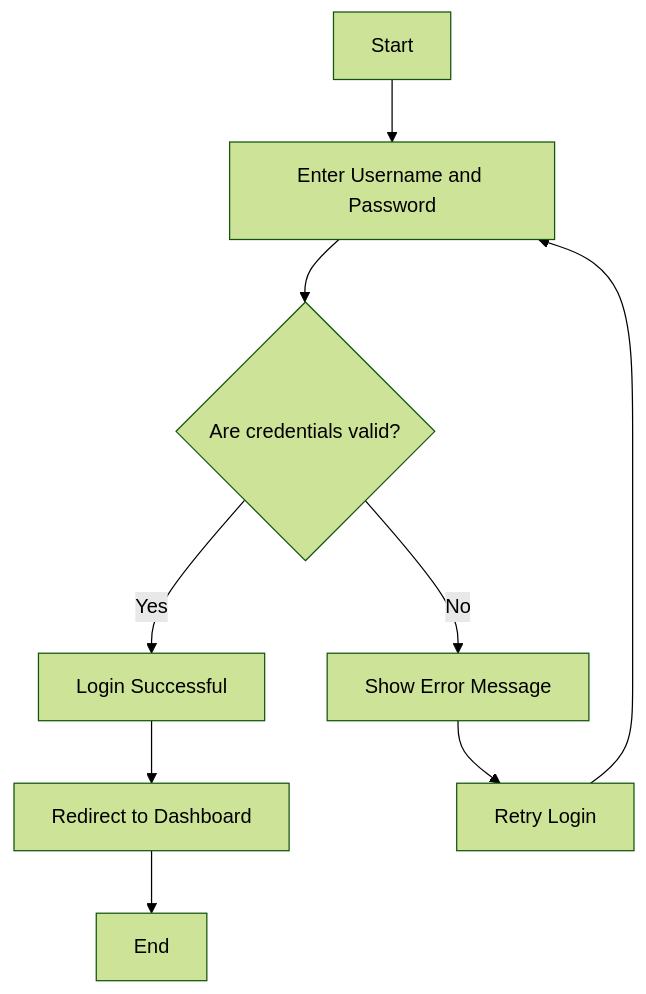
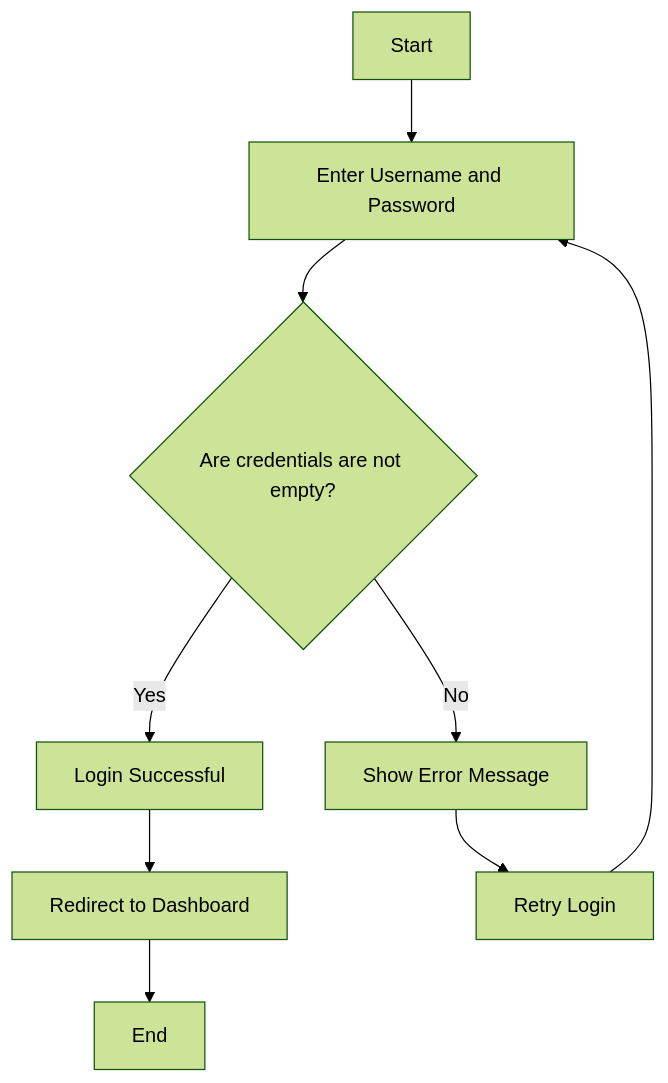
Before and after one commit to chanduujjina/JSE_Practice_2025_B1: the diagram in Partial_Validation.md, drawn with Mermaid (forest theme).

````diff
--- a/Partial_Validation.md
+++ b/Partial_Validation.md
@@ -1,11 +1,11 @@
 ```mermaid
 flowchart TD
     A[Start] --> B[Enter Username and Password]
-    B --> C{Are credentials valid?}
+    B --> C{Are credentials are not empty?}
     C -- Yes --> D[Login Successful]
     C -- No --> E[Show Error Message]
     E --> F[Retry Login]
     F --> B
     D --> G[Redirect to Dashboard]
     G --> H[End]
 ```
````
